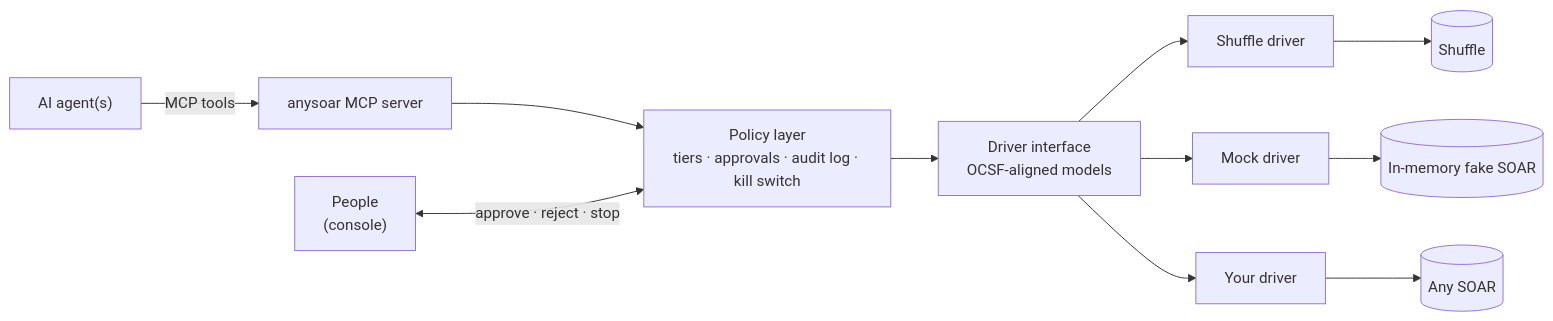
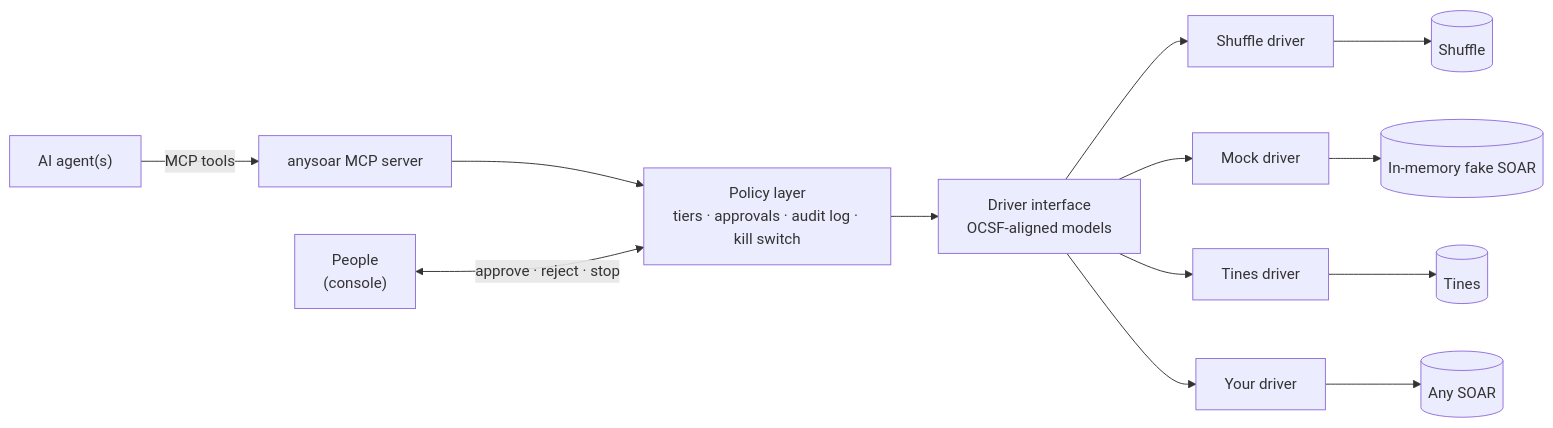
Before and after one commit to ag3ntsc4rn/anysoar: the diagram in README.md, drawn with Mermaid. The commit also changed other lines of this file and 15 other files, not shown here.

First line of the commit message:
feat(drivers): add a Tines driver

````diff
--- a/README.md
+++ b/README.md
@@ -47,13 +47,15 @@
 ```mermaid
 flowchart LR
     A["AI agent(s)"] -->|MCP tools| M["anysoar MCP server"]
     M --> P["Policy layer<br/>tiers · approvals · audit log · kill switch"]
     H["People<br/>(console)"] <-->|approve · reject · stop| P
     P --> I["Driver interface<br/>OCSF-aligned models"]
     I --> D1["Shuffle driver"]
     I --> D2["Mock driver"]
+    I --> D4["Tines driver"]
     I --> D3["Your driver"]
     D1 --> S1[("Shuffle")]
     D2 --> S2[("In-memory fake SOAR")]
+    D4 --> S4[("Tines")]
     D3 --> S3[("Any SOAR")]
 ```
````
